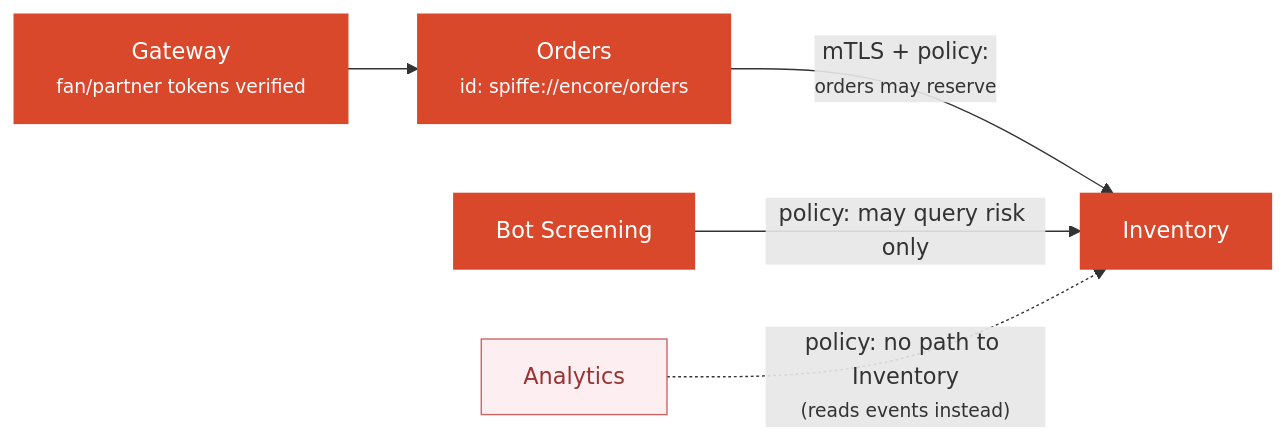
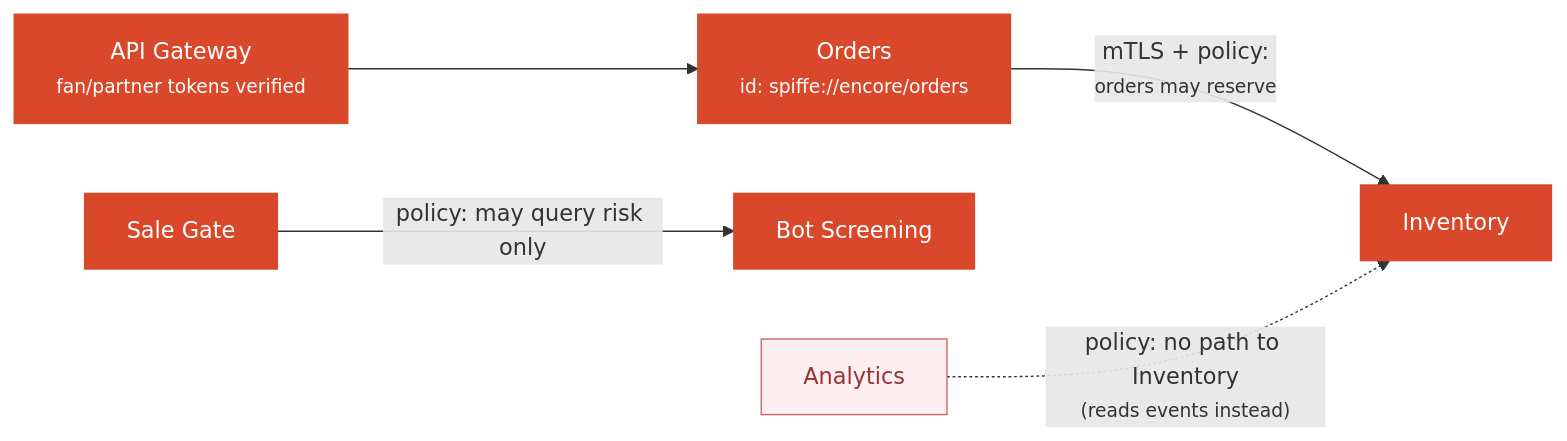
One commit to oleksiyp/arch-book changed diagram 18 of 23 in README.md. Above: the diagram before and after it, drawn with Mermaid. The commit also changed other lines of this file, not shown here.

```diff
--- a/README.md
+++ b/README.md
@@ -1776,11 +1842,11 @@
 <pre class="mermaid">
 flowchart LR
-    gw["Gateway<br/><small>fan/partner tokens verified</small>"] --> ord["Orders<br/><small>id: spiffe://encore/orders</small>"]
+    gw["API Gateway<br/><small>fan/partner tokens verified</small>"] --> ord["Orders<br/><small>id: spiffe://encore/orders</small>"]
     ord -- "mTLS + policy:<br/><small>orders may reserve</small>" --> inv["Inventory"]
-    bot["Bot Screening"] -- "policy: may query risk only" --> inv
+    gate["Sale Gate"] -- "policy: may query risk only" --> bot["Bot Screening"]
     ana["Analytics"] -. "policy: no path to Inventory<br/><small>(reads events instead)</small>" .-> inv
     classDef ok fill:#d9482b,stroke:#d9482b,color:#fff
     classDef deny fill:#fdeef2,stroke:#c66,color:#933
-    class gw,ord,inv,bot ok
+    class gw,ord,inv,bot,gate ok
     class ana deny
 </pre>
```
